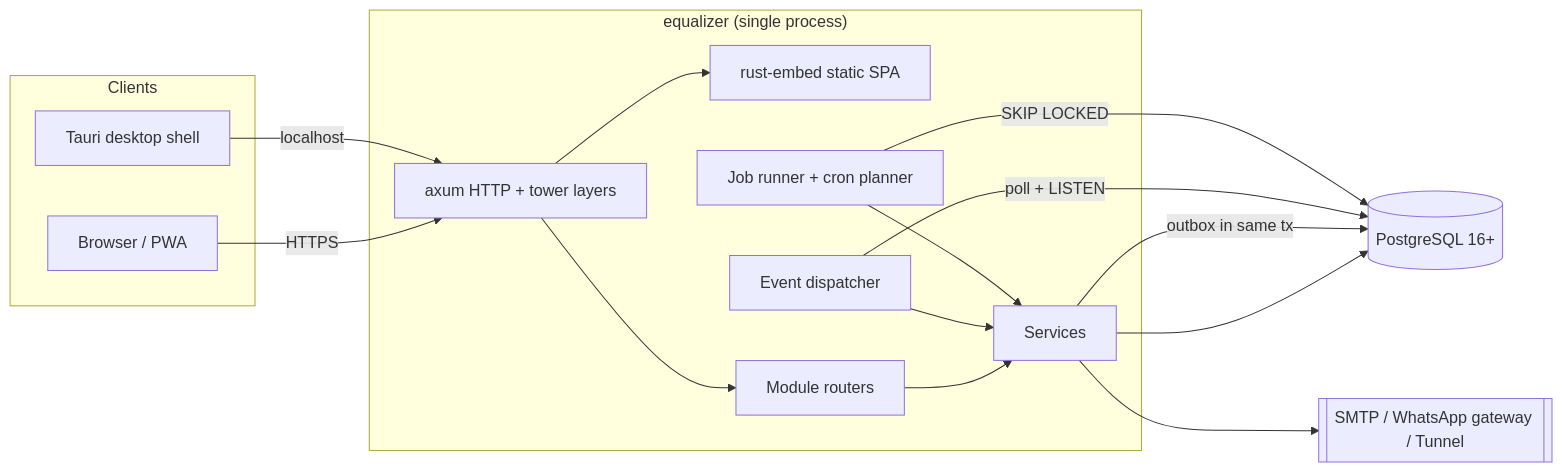
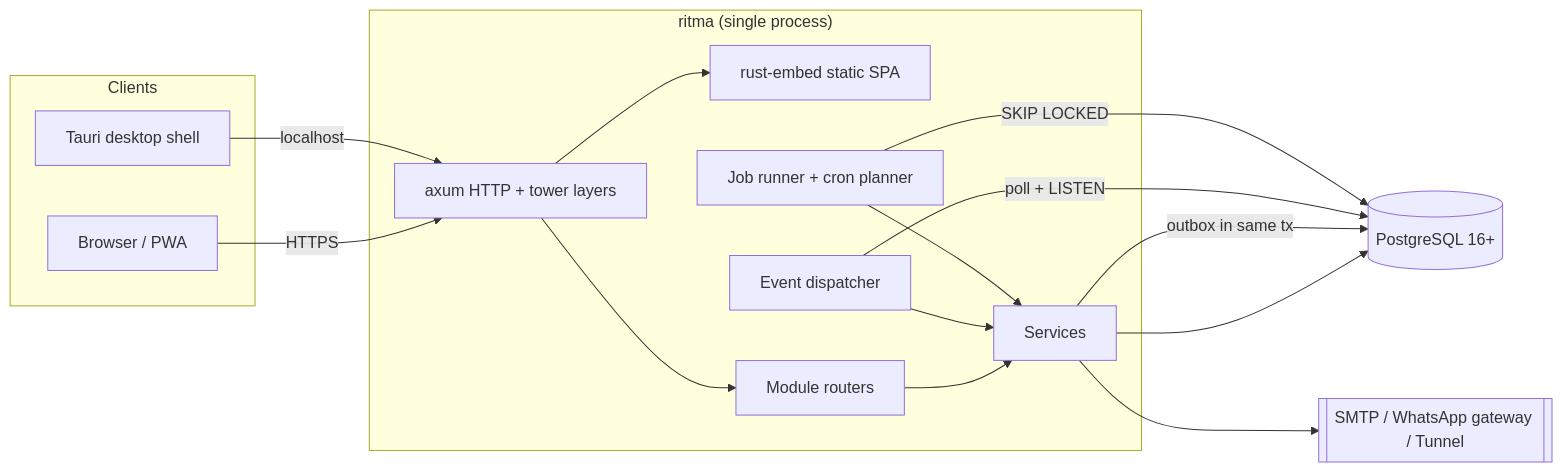
One commit to sedam-or/Equalizer-Stake changed the diagram in spec/02-architecture.md. Above: the diagram before and after it, drawn with Mermaid. The commit also changed other lines of this file and 53 other files, not shown here.

````diff
--- a/spec/02-architecture.md
+++ b/spec/02-architecture.md
@@ -12,27 +12,27 @@
 ```mermaid
 flowchart LR
   subgraph Clients
     B[Browser / PWA]
     T[Tauri desktop shell]
   end
-  subgraph Binary["equalizer (single process)"]
+  subgraph Binary["ritma (single process)"]
     H[axum HTTP + tower layers]
     SPA[rust-embed static SPA]
     M[Module routers]
     S[Services]
     D[Event dispatcher]
     J[Job runner + cron planner]
   end
   PG[(PostgreSQL 16+)]
   EXT[[SMTP / WhatsApp gateway / Tunnel]]
   B -->|HTTPS| H
   T -->|localhost| H
   H --> SPA
   H --> M --> S --> PG
   S -->|outbox in same tx| PG
   D -->|poll + LISTEN| PG
   D --> S
   J -->|SKIP LOCKED| PG
   J --> S
   S --> EXT
 ```
````
